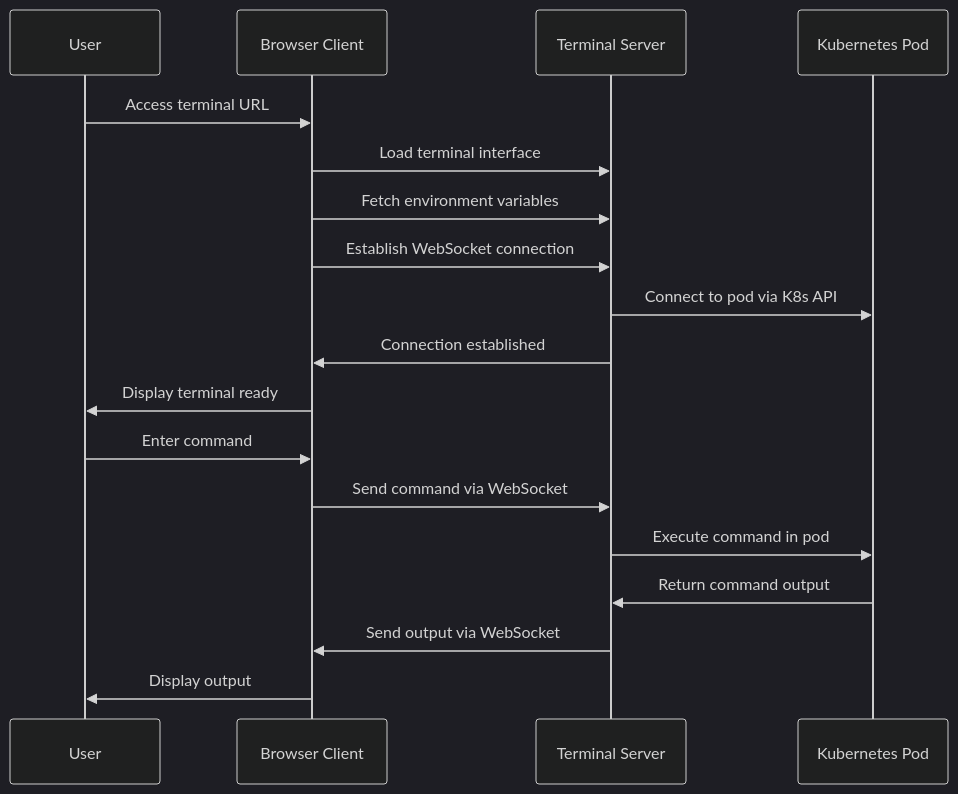
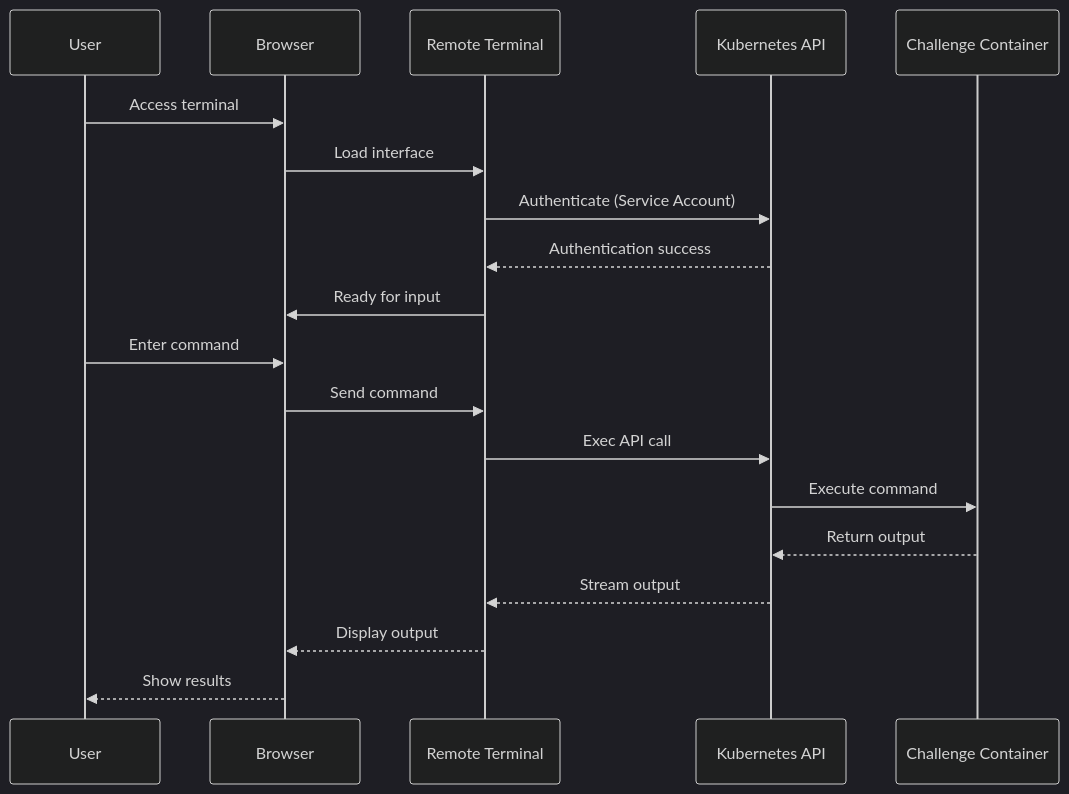
The second of 3 diagrams in pages/Framework/Terminal.mdx (Rydersel/EDUrange_Cloud_Docs), drawn with Mermaid (dark theme) before and after one commit. The commit also changed other lines of this file and 68 other files, not shown here.

````diff
--- a/pages/Framework/Terminal.mdx
+++ b/pages/Framework/Terminal.mdx
@@ -101,22 +79,23 @@
 ```mermaid
 sequenceDiagram
     participant User as User
-    participant Browser as Browser Client
-    participant Terminal as Terminal Server
-    participant K8s as Kubernetes Pod
+    participant Browser as Browser
+    participant Terminal as Remote Terminal
+    participant K8s as Kubernetes API
+    participant Pod as Challenge Container
 
-    User->>Browser: Access terminal URL
-    Browser->>Terminal: Load terminal interface
-    Browser->>Terminal: Fetch environment variables
-    Browser->>Terminal: Establish WebSocket connection
-    Terminal->>K8s: Connect to pod via K8s API
-    Terminal->>Browser: Connection established
-    Browser->>User: Display terminal ready
+    User->>Browser: Access terminal
+    Browser->>Terminal: Load interface
+    Terminal->>K8s: Authenticate (Service Account)
+    K8s-->>Terminal: Authentication success
+    Terminal->>Browser: Ready for input
 
     User->>Browser: Enter command
-    Browser->>Terminal: Send command via WebSocket
-    Terminal->>K8s: Execute command in pod
-    K8s->>Terminal: Return command output
-    Terminal->>Browser: Send output via WebSocket
-    Browser->>User: Display output
+    Browser->>Terminal: Send command
+    Terminal->>K8s: Exec API call
+    K8s->>Pod: Execute command
+    Pod-->>K8s: Return output
+    K8s-->>Terminal: Stream output
+    Terminal-->>Browser: Display output
+    Browser-->>User: Show results
 ```
````
